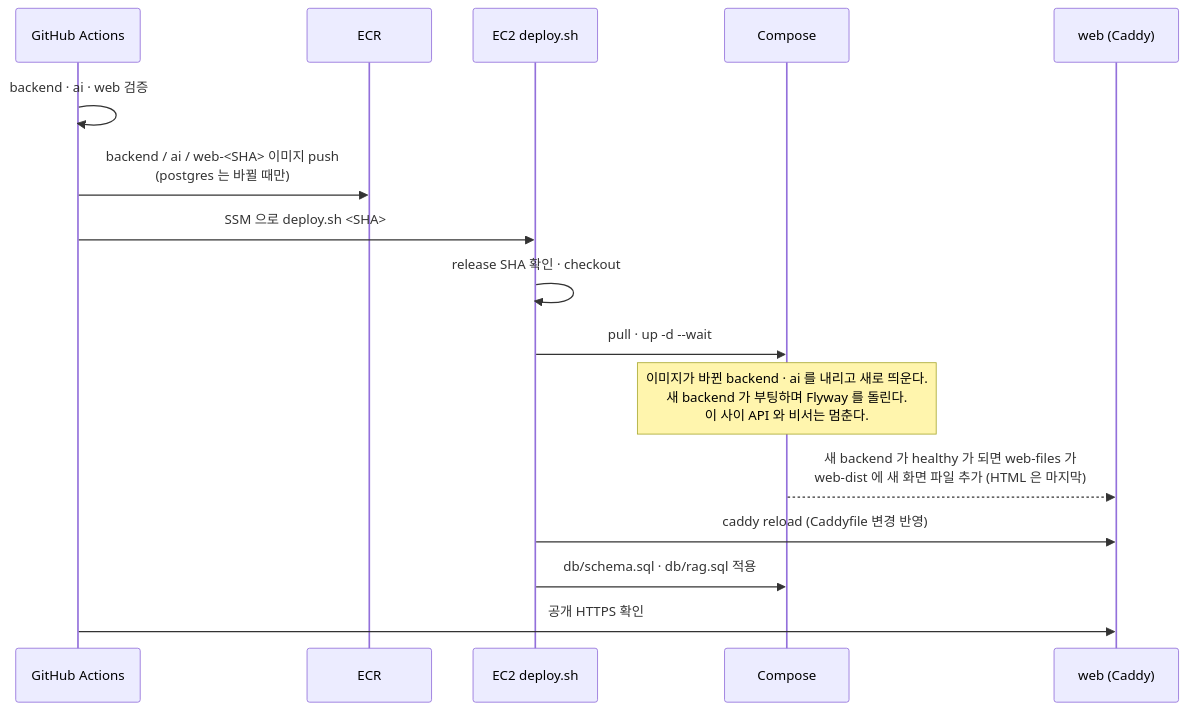
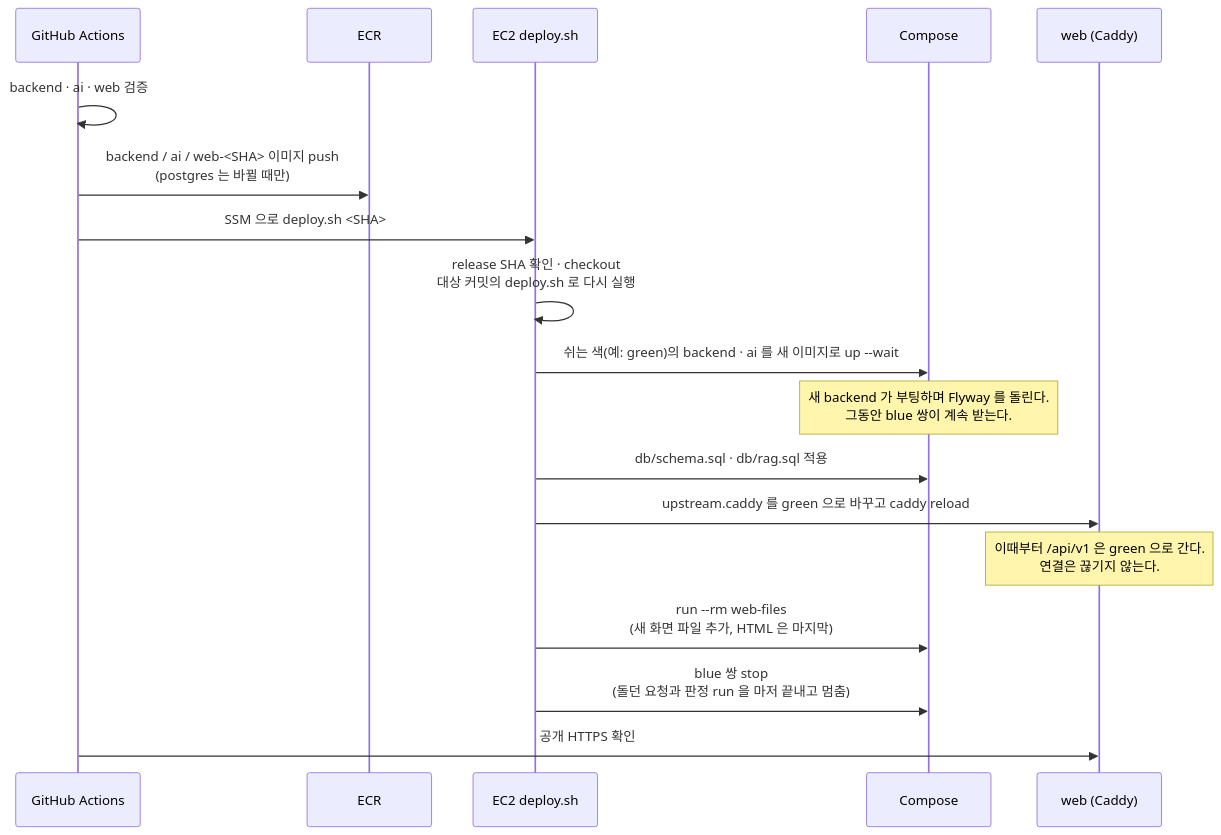
The second of 2 diagrams in docs/deployment.md (kakaotechcampus-4/ktc4-pusan-4), drawn with Mermaid before and after one commit. The commit also changed other lines of this file and 2 other files, not shown here.

````diff
--- a/docs/deployment.md
+++ b/docs/deployment.md
@@ -51,19 +62,21 @@
 ```mermaid
 sequenceDiagram
     participant GH as GitHub Actions
     participant ECR
     participant SH as EC2 deploy.sh
     participant C as Compose
     participant W as web (Caddy)
 
     GH->>GH: backend · ai · web 검증
     GH->>ECR: backend / ai / web-<SHA> 이미지 push<br/>(postgres 는 바뀔 때만)
     GH->>SH: SSM 으로 deploy.sh <SHA>
-    SH->>SH: release SHA 확인 · checkout
-    SH->>C: pull · up -d --wait
-    Note over C: 이미지가 바뀐 backend · ai 를 내리고 새로 띄운다.<br/>새 backend 가 부팅하며 Flyway 를 돌린다.<br/>이 사이 API 와 비서는 멈춘다.
-    C-->>W: 새 backend 가 healthy 가 되면 web-files 가<br/>web-dist 에 새 화면 파일 추가 (HTML 은 마지막)
-    SH->>W: caddy reload (Caddyfile 변경 반영)
+    SH->>SH: release SHA 확인 · checkout<br/>대상 커밋의 deploy.sh 로 다시 실행
+    SH->>C: 쉬는 색(예: green)의 backend · ai 를 새 이미지로 up --wait
+    Note over C: 새 backend 가 부팅하며 Flyway 를 돌린다.<br/>그동안 blue 쌍이 계속 받는다.
     SH->>C: db/schema.sql · db/rag.sql 적용
+    SH->>W: upstream.caddy 를 green 으로 바꾸고 caddy reload
+    Note over W: 이때부터 /api/v1 은 green 으로 간다.<br/>연결은 끊기지 않는다.
+    SH->>C: run --rm web-files<br/>(새 화면 파일 추가, HTML 은 마지막)
+    SH->>C: blue 쌍 stop<br/>(돌던 요청과 판정 run 을 마저 끝내고 멈춤)
     GH->>W: 공개 HTTPS 확인
 ```
````
